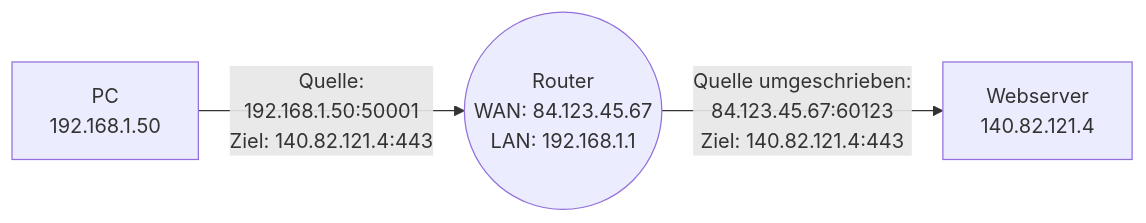
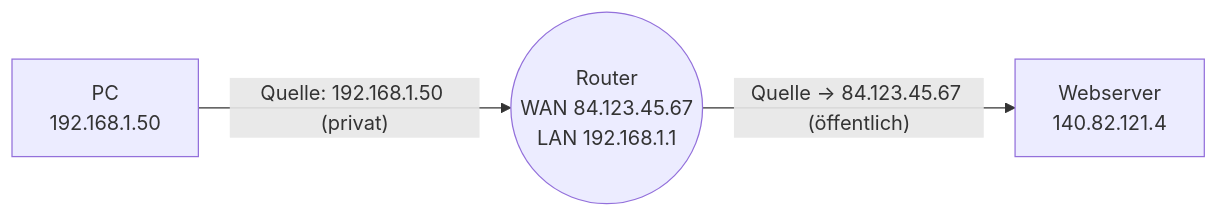
One commit to JacobMenge/kurs-unterlagen changed the third of 6 diagrams in docs/netzwerke/segmentierung-und-vpn.md. Above: the diagram before and after it, drawn with Mermaid. The commit also changed other lines of this file and 76 other files, not shown here.

````diff
--- a/docs/netzwerke/segmentierung-und-vpn.md
+++ b/docs/netzwerke/segmentierung-und-vpn.md
@@ -177,8 +177,8 @@
 ```mermaid
 flowchart LR
   PC["PC<br/>192.168.1.50"]
-  R(("Router<br/>WAN: 84.123.45.67<br/>LAN: 192.168.1.1"))
+  R(("Router<br/>WAN 84.123.45.67<br/>LAN 192.168.1.1"))
   WEB["Webserver<br/>140.82.121.4"]
-  PC -- "Quelle:<br/>192.168.1.50:50001<br/>Ziel: 140.82.121.4:443" --> R
-  R -- "Quelle umgeschrieben:<br/>84.123.45.67:60123<br/>Ziel: 140.82.121.4:443" --> WEB
+  PC -- "Quelle: 192.168.1.50 (privat)" --> R
+  R -- "Quelle → 84.123.45.67 (öffentlich)" --> WEB
 ```
````
